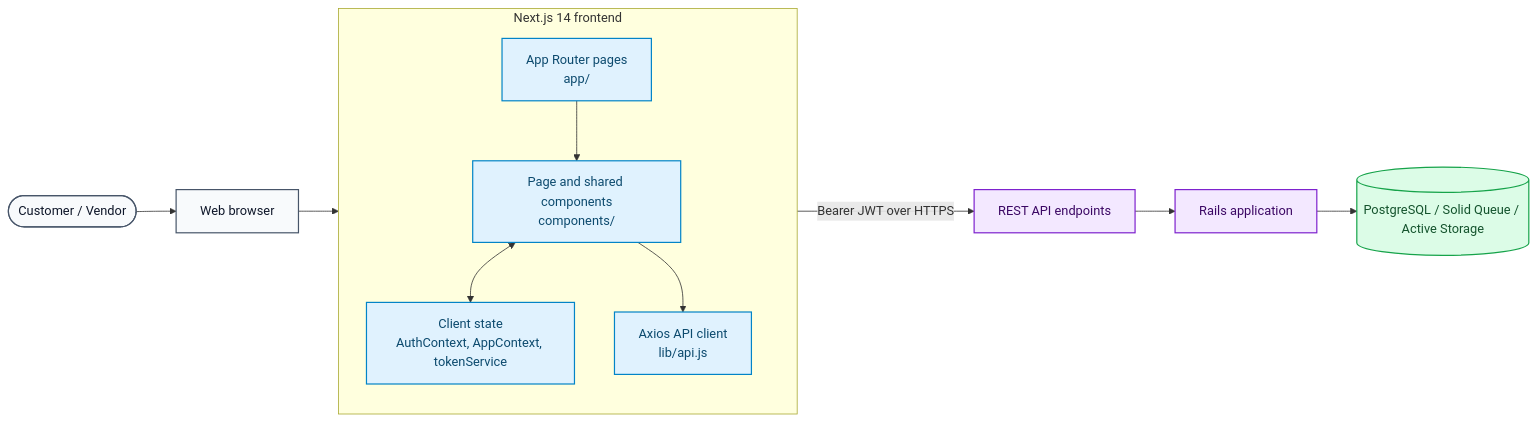
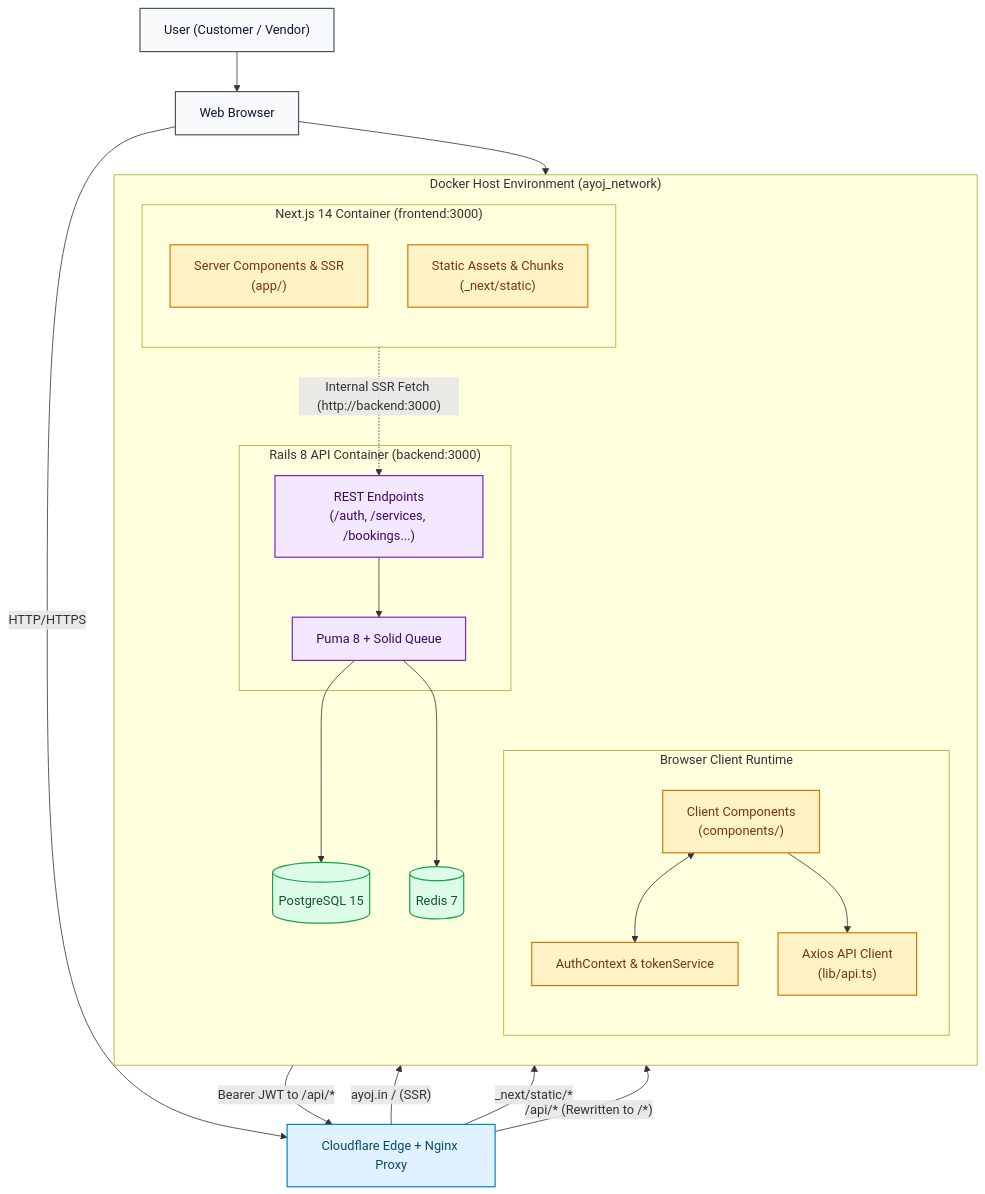
Before and after one commit to ayojan/marketplace: the first of 2 diagrams in frontend/docs/ARCHITECTURE.md, drawn with Mermaid. The commit also changed other lines of this file and 21 other files, not shown here.

First line of the commit message:
docs: clean up redundant markdown files and update architecture diagrams

````diff
--- a/frontend/docs/ARCHITECTURE.md
+++ b/frontend/docs/ARCHITECTURE.md
@@ -7,23 +7,50 @@
 ```mermaid
-flowchart LR
+flowchart TD
     classDef client fill:#f8fafc,stroke:#475569,stroke-width:1.5px,color:#0f172a;
-    classDef frontend fill:#e0f2fe,stroke:#0284c7,stroke-width:1.5px,color:#0c4a6e;
-    classDef api fill:#f3e8ff,stroke:#7e22ce,stroke-width:1.5px,color:#3b0764;
+    classDef edge fill:#e0f2fe,stroke:#0284c7,stroke-width:1.5px,color:#0c4a6e;
+    classDef frontend fill:#fef3c7,stroke:#d97706,stroke-width:1.5px,color:#78350f;
+    classDef backend fill:#f3e8ff,stroke:#7e22ce,stroke-width:1.5px,color:#3b0764;
     classDef data fill:#dcfce7,stroke:#16a34a,stroke-width:1.5px,color:#14532d;
 
-    User([Customer / Vendor]):::client --> Browser[Web browser]:::client
-    subgraph Next[Next.js 14 frontend]
+    User["User (Customer / Vendor)"]:::client --> Browser["Web Browser"]:::client
+
+    Browser -->|"HTTP/HTTPS"| Edge["Cloudflare Edge + Nginx Proxy"]:::edge
+
+    subgraph AppServer["Docker Host Environment (ayoj_network)"]
         direction TB
-        Routes[App Router pages<br/>app/]:::frontend
-        UI[Page and shared components<br/>components/]:::frontend
-        State[Client state<br/>AuthContext, AppContext, tokenService]:::frontend
-        Client[Axios API client<br/>lib/api.js]:::frontend
-        Routes --> UI
-        UI <--> State
-        UI --> Client
+
+        subgraph NextServer["Next.js 14 Container (frontend:3000)"]
+            direction TB
+            RSC["Server Components & SSR<br/>(app/)"]:::frontend
+            Static["Static Assets & Chunks<br/>(_next/static)"]:::frontend
+        end
+
+        subgraph ClientRuntime["Browser Client Runtime"]
+            direction TB
+            UI["Client Components<br/>(components/)"]:::frontend
+            State["AuthContext & tokenService"]:::frontend
+            Axios["Axios API Client<br/>(lib/api.ts)"]:::frontend
+            UI <--> State
+            UI --> Axios
+        end
+
+        subgraph RailsServer["Rails 8 API Container (backend:3000)"]
+            REST["REST Endpoints<br/>(/auth, /services, /bookings...)"]:::backend
+            Puma["Puma 8 + Solid Queue"]:::backend
+            REST --> Puma
+        end
+
+        DB[("PostgreSQL 15")]:::data
+        Redis[("Redis 7")]:::data
+        Puma --> DB
+        Puma --> Redis
     end
-    Browser --> Routes
-    Client -->|Bearer JWT over HTTPS| REST[REST API endpoints]:::api
-    REST --> Rails[Rails application]:::api
-    Rails --> Data[(PostgreSQL / Solid Queue / Active Storage)]:::data
+
+    Edge -->|"ayoj.in / (SSR)"| RSC
+    Edge -->|"_next/static/*"| Static
+    Edge -->|"/api/* (Rewritten to /*)"| REST
+
+    Browser --> ClientRuntime
+    Axios -->|"Bearer JWT to /api/*"| Edge
+    RSC -.->|"Internal SSR Fetch (http://backend:3000)"| REST
 ```
````
